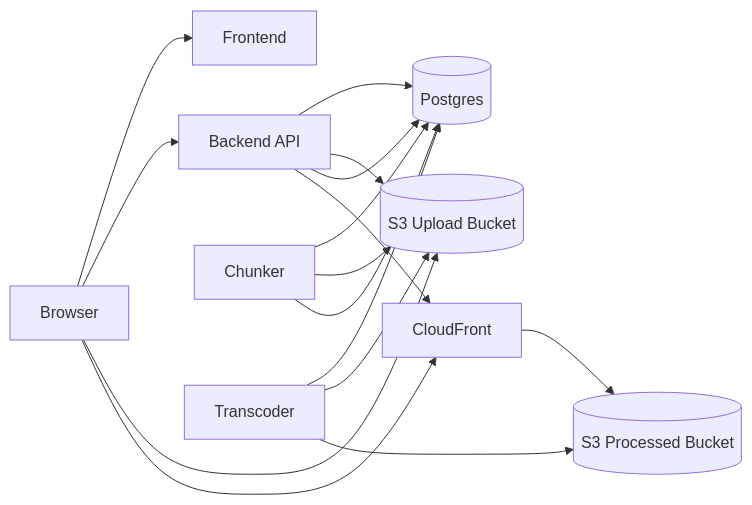
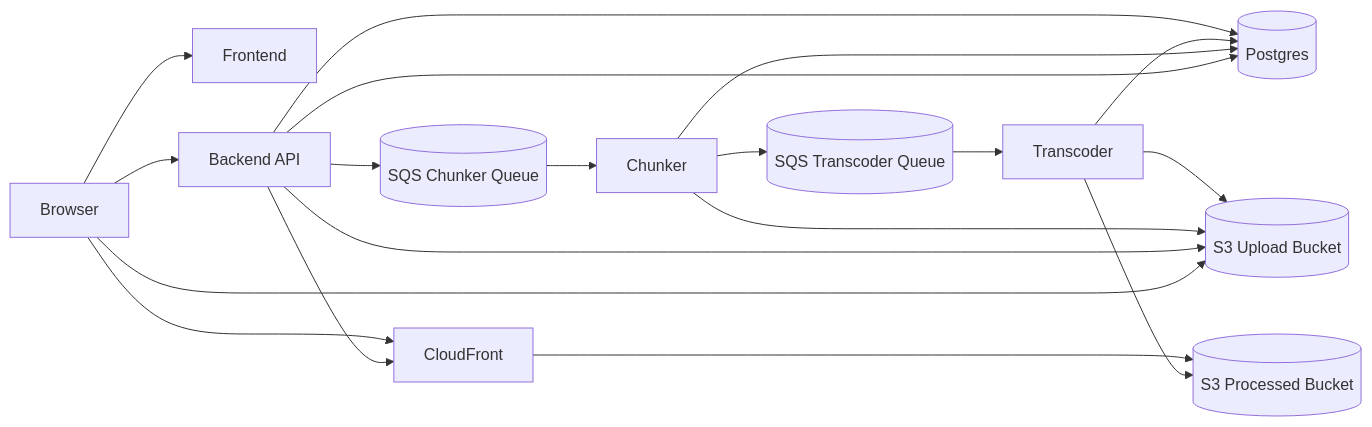
The first of 2 diagrams in docs/architecture.md (rafal01010/vid-archi), drawn with Mermaid before and after one commit. The commit also changed other lines of this file and 32 other files, not shown here.

````diff
--- a/docs/architecture.md
+++ b/docs/architecture.md
@@ -12,28 +12,33 @@
 ```mermaid
 flowchart LR
     Browser[Browser]
     Frontend[Frontend]
     API[Backend API]
     DB[(Postgres)]
     Upload[(S3 Upload Bucket)]
     Processed[(S3 Processed Bucket)]
+    ChunkerQueue[(SQS Chunker Queue)]
+    TranscoderQueue[(SQS Transcoder Queue)]
     Chunker[Chunker]
     Transcoder[Transcoder]
     CDN[CloudFront]
 
     Browser --> Frontend
     Browser --> API
     Browser --> Upload
     API --> DB
     API --> Upload
+    API --> ChunkerQueue
+    ChunkerQueue --> Chunker
     Chunker --> DB
     Chunker --> Upload
-    Chunker --> DB
+    Chunker --> TranscoderQueue
+    TranscoderQueue --> Transcoder
     Transcoder --> DB
     Transcoder --> Upload
     Transcoder --> Processed
     API --> DB
     API --> CDN
     Browser --> CDN
     CDN --> Processed
 ```
````
